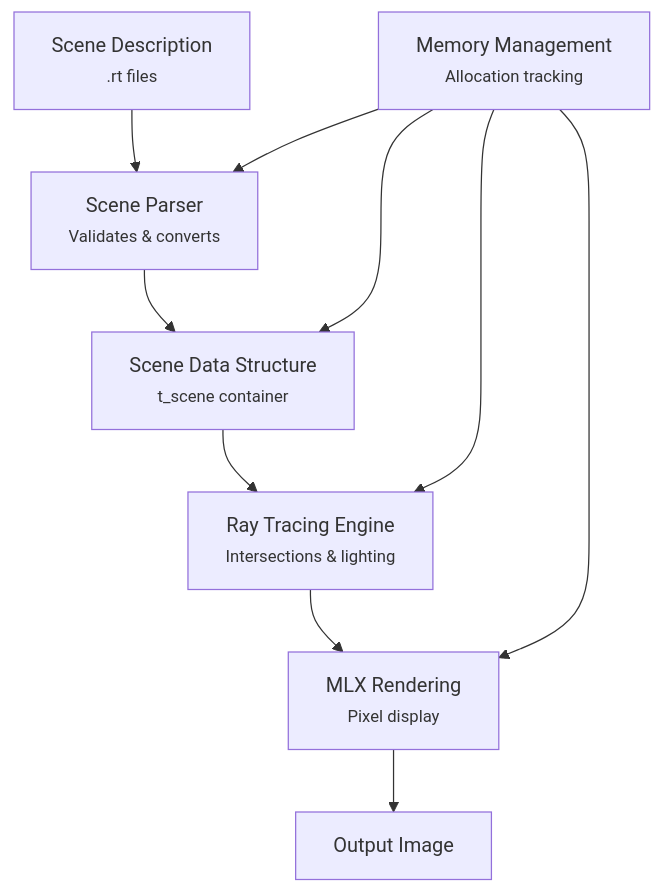
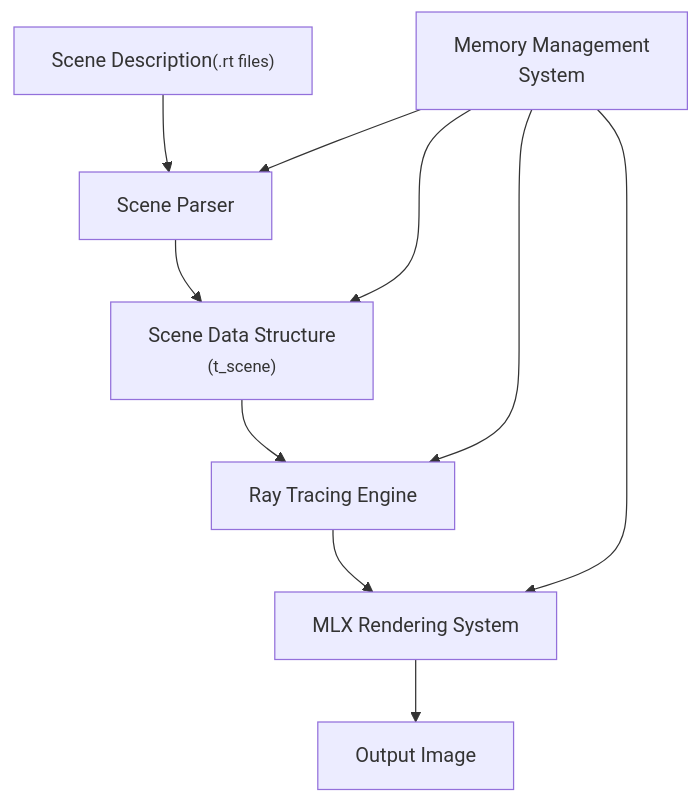
Before and after one commit to helgh/MiniRT_1337: the diagram in README.md, drawn with Mermaid.

````diff
--- a/README.md
+++ b/README.md
@@ -32,12 +32,12 @@
 ```mermaid
 graph TD
-    B["Scene Description<br><small>.rt files</small>"] --> C["Scene Parser<br><small>Validates & converts</small>"]
-    C --> D["Scene Data Structure<br><small>t_scene container</small>"]
-    D --> E["Ray Tracing Engine<br><small>Intersections & lighting</small>"]
-    E --> F["MLX Rendering<br><small>Pixel display</small>"]
+    B["Scene Description<small>(.rt files)</small>"] --> C["Scene Parser"]
+    C --> D["Scene Data Structure<br><small>(t_scene)</small>"]
+    D --> E["Ray Tracing Engine"]
+    E --> F["MLX Rendering System"]
     F --> G["Output Image"]
-    A["Memory Management<br><small>Allocation tracking</small>"] --> C
+    A["Memory Management<br> System"] --> C
     A --> D
     A --> E
     A --> F
 ```
````
